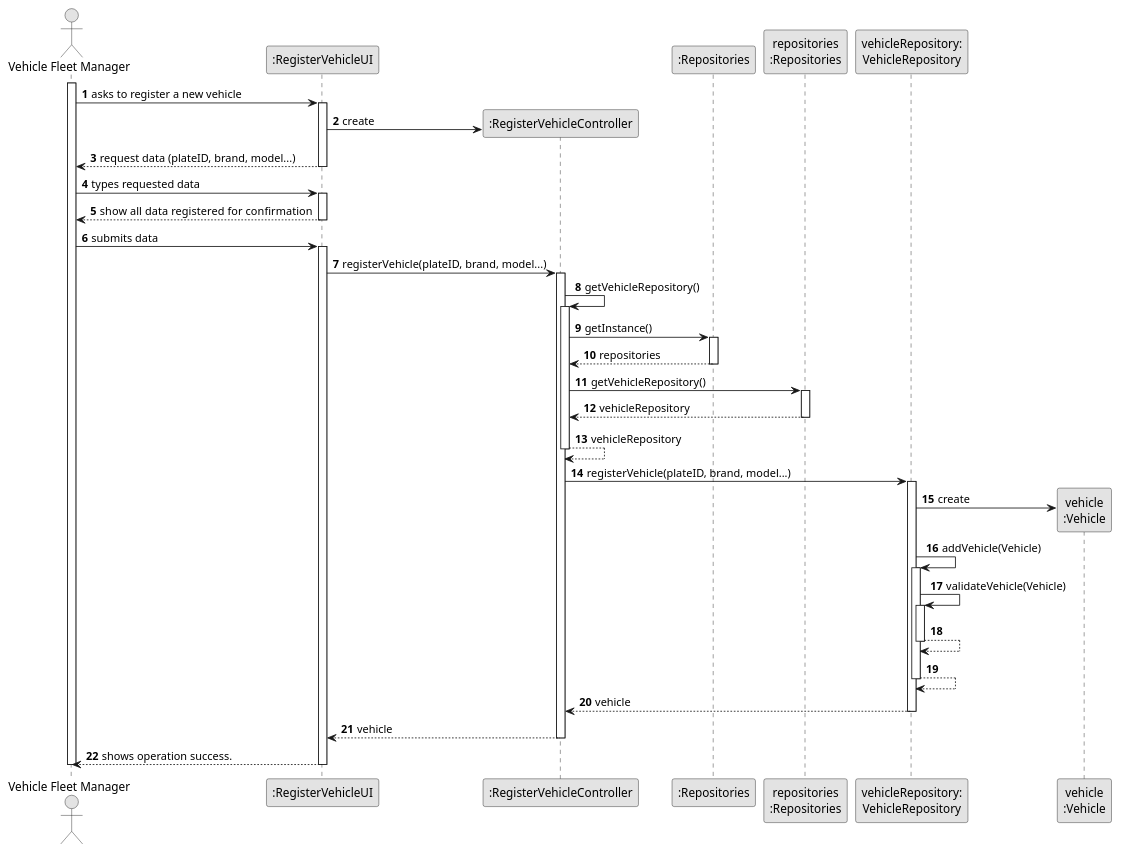
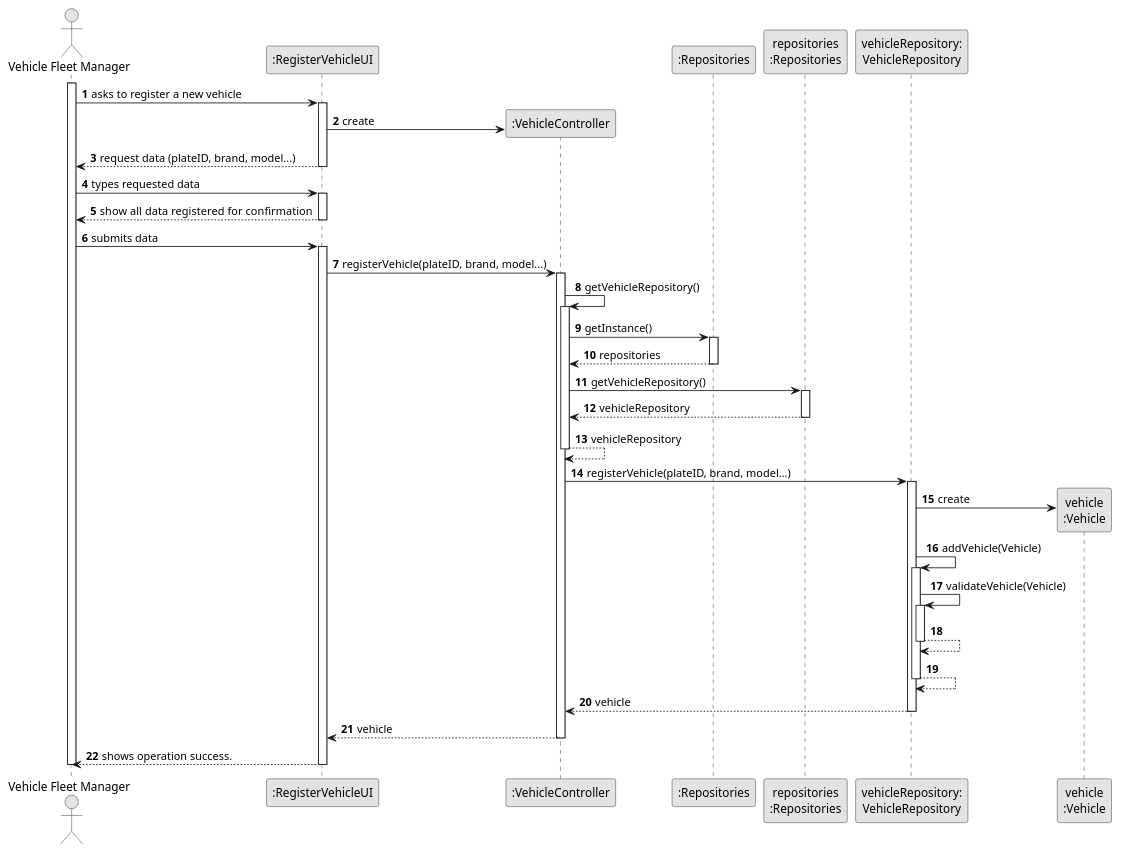
Before and after one commit to SAEmanuel/Green_Spaces_Management_ISEP: the diagram in docs/sprintB/us006/03.design/puml/us006-sequence-diagram-full.puml, drawn with PlantUML. The commit also changed 8 other files, not shown here.

```diff
--- a/docs/sprintB/us006/03.design/puml/us006-sequence-diagram-full.puml
+++ b/docs/sprintB/us006/03.design/puml/us006-sequence-diagram-full.puml
@@ -1,91 +1,91 @@
 @startuml
 skinparam monochrome true
 skinparam packageStyle rectangle
 skinparam shadowing false
 
 autonumber
 
 'hide footbox
 actor "Vehicle Fleet Manager" as VFM
 participant ":RegisterVehicleUI" as UI
-participant ":RegisterVehicleController" as CTRL
+participant ":VehicleController" as CTRL
 participant ":Repositories" as RepositorySingleton
 participant "repositories\n:Repositories" as PLAT
 participant "vehicleRepository:\nVehicleRepository" as vehicleRepository
 participant "vehicle\n:Vehicle" as VEICULO
 
 activate VFM
 
         VFM -> UI : asks to register a new vehicle
 
         activate UI
 
 '            UI --> ADM : requests data (reference, description,  informal \n description, technical description, duration, cost)
             'create CTRL
             UI -> CTRL** : create
 
         UI --> VFM : request data (plateID, brand, model...)
             deactivate UI
 
         VFM -> UI : types requested data
         activate UI
 
 
         UI --> VFM : show all data registered  for confirmation
         deactivate UI
 
     VFM -> UI : submits data
     activate UI
 
         UI -> CTRL : registerVehicle(plateID, brand, model...)
         activate CTRL
 
 
             CTRL -> CTRL : getVehicleRepository()
                         activate CTRL
 
                             CTRL -> RepositorySingleton : getInstance()
                             activate RepositorySingleton
 
                                 RepositorySingleton --> CTRL: repositories
                             deactivate RepositorySingleton
 
                             CTRL -> PLAT : getVehicleRepository()
                             activate PLAT
 
                                 PLAT --> CTRL: vehicleRepository
                             deactivate PLAT
 
                             CTRL --> CTRL : vehicleRepository
                         deactivate CTRL
 
             CTRL -> vehicleRepository: registerVehicle(plateID, brand, model...)
             activate vehicleRepository
 
             vehicleRepository -> VEICULO**: create
 
 
                 vehicleRepository -> vehicleRepository: addVehicle(Vehicle)
             deactivate VEICULO
 
                 activate vehicleRepository
                     vehicleRepository -> vehicleRepository: validateVehicle(Vehicle)
                     activate vehicleRepository
                         vehicleRepository --> vehicleRepository
                     deactivate vehicleRepository
 
                     vehicleRepository --> vehicleRepository
                 deactivate vehicleRepository
 
                 vehicleRepository --> CTRL : vehicle
 
             deactivate vehicleRepository
 
             CTRL --> UI: vehicle
             deactivate CTRL
             UI --> VFM: shows operation success.
     deactivate UI
 
 deactivate VFM
 
 @enduml
```
